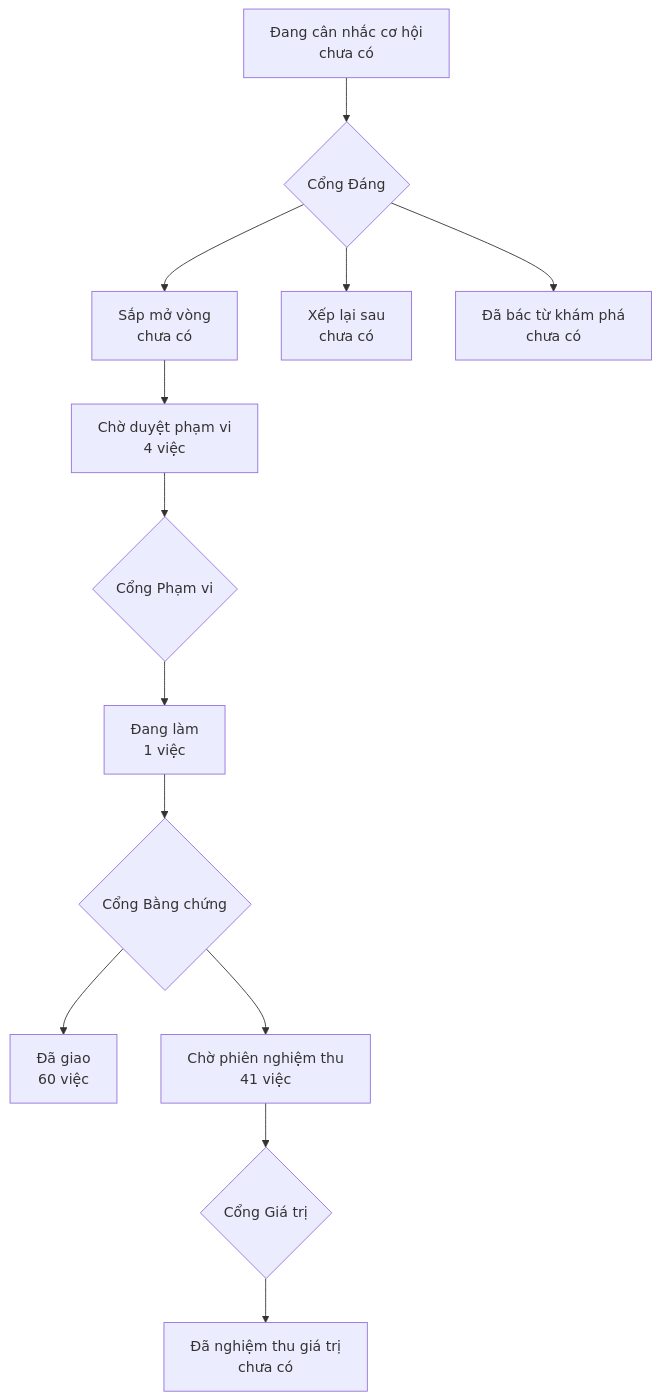
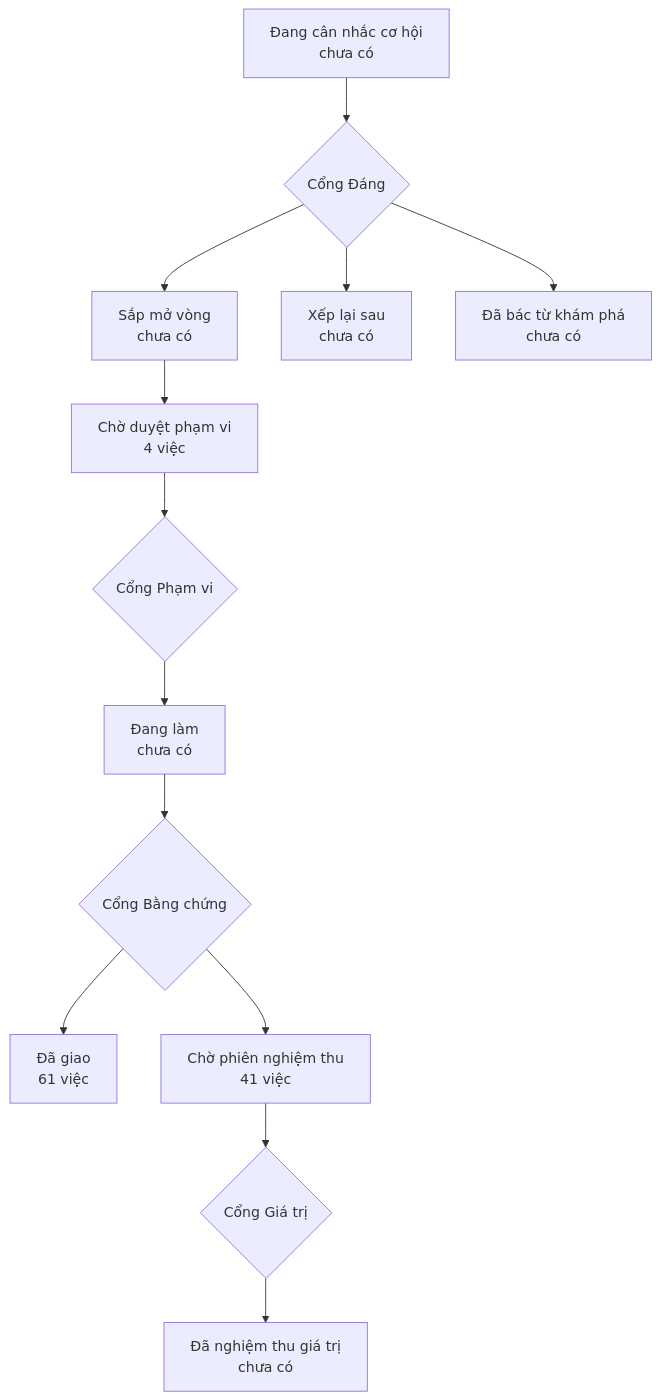
One commit to phanlemanh/onehub-invest changed the diagram in PRODUCT-MAP.md. Above: the diagram before and after it, drawn with Mermaid. The commit also changed other lines of this file and 4 other files, not shown here.

````diff
--- a/PRODUCT-MAP.md
+++ b/PRODUCT-MAP.md
@@ -7,12 +7,12 @@
 ```mermaid
 flowchart TD
   A["Đang cân nhắc cơ hội<br/>chưa có"] --> GD{"Cổng Đáng"}
   GD --> B["Sắp mở vòng<br/>chưa có"]
   GD --> XL["Xếp lại sau<br/>chưa có"]
   GD --> DB["Đã bác từ khám phá<br/>chưa có"]
   B --> CD["Chờ duyệt phạm vi<br/>4 việc"] --> GP{"Cổng Phạm vi"}
-  GP --> DL["Đang làm<br/>1 việc"] --> GB{"Cổng Bằng chứng"}
-  GB --> DG["Đã giao<br/>60 việc"]
+  GP --> DL["Đang làm<br/>chưa có"] --> GB{"Cổng Bằng chứng"}
+  GB --> DG["Đã giao<br/>61 việc"]
   GB --> CN["Chờ phiên nghiệm thu<br/>41 việc"] --> GG{"Cổng Giá trị"}
   GG --> NT["Đã nghiệm thu giá trị<br/>chưa có"]
 ```
````
